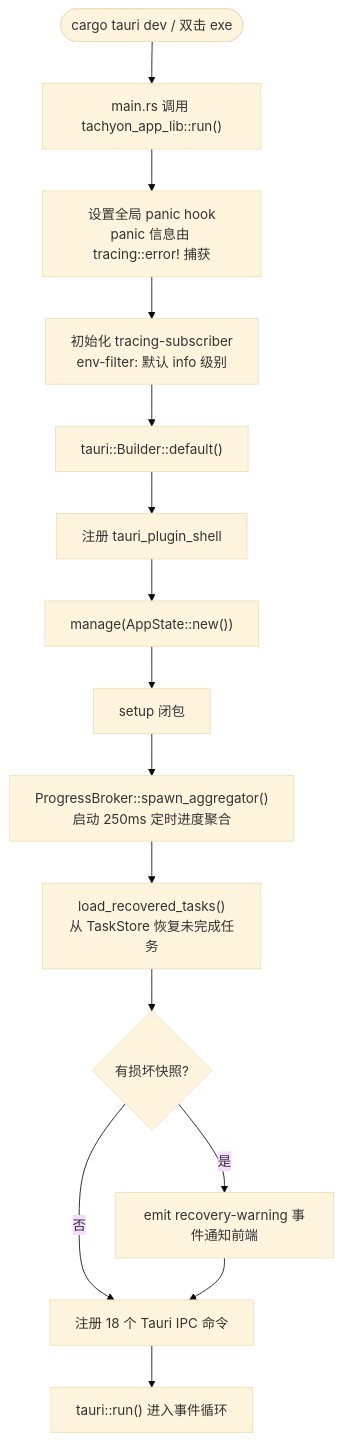
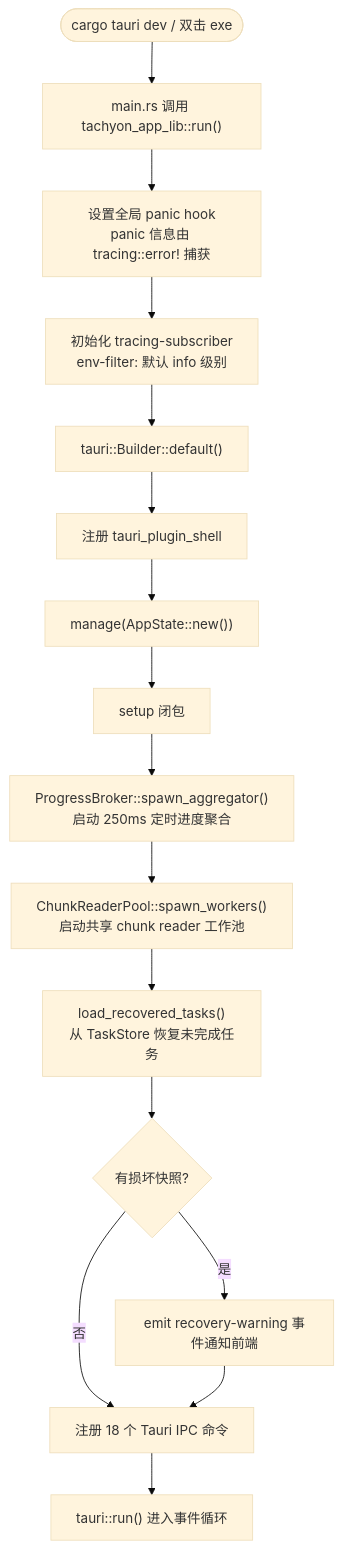
The third of 7 diagrams in README.md (baiye2941/Tachyon), drawn with Mermaid (base theme) before and after one commit. The commit also changed other lines of this file and 10 other files, not shown here.

````diff
--- a/README.md
+++ b/README.md
@@ -242,17 +226,18 @@
 ```mermaid
 flowchart TD
     START(["cargo tauri dev / 双击 exe"]) --> MAIN["main.rs 调用 tachyon_app_lib::run()"]
     MAIN --> PANIC["设置全局 panic hook<br/>panic 信息由 tracing::error! 捕获"]
     PANIC --> TRACING["初始化 tracing-subscriber<br/>env-filter: 默认 info 级别"]
     TRACING --> BUILDER["tauri::Builder::default()"]
     BUILDER --> PLUGIN["注册 tauri_plugin_shell"]
     PLUGIN --> MANAGE["manage(AppState::new())"]
     MANAGE --> SETUP["setup 闭包"]
     SETUP --> AGG["ProgressBroker::spawn_aggregator()<br/>启动 250ms 定时进度聚合"]
-    AGG --> RECOVER["load_recovered_tasks()<br/>从 TaskStore 恢复未完成任务"]
+    AGG --> READER["ChunkReaderPool::spawn_workers()<br/>启动共享 chunk reader 工作池"]
+    READER --> RECOVER["load_recovered_tasks()<br/>从 TaskStore 恢复未完成任务"]
     RECOVER --> CHECK{"有损坏快照?"}
     CHECK -->|是| WARN["emit recovery-warning 事件通知前端"]
     CHECK -->|否| REGISTER
     WARN --> REGISTER["注册 18 个 Tauri IPC 命令"]
     REGISTER --> RUN["tauri::run() 进入事件循环"]
 ```
````
